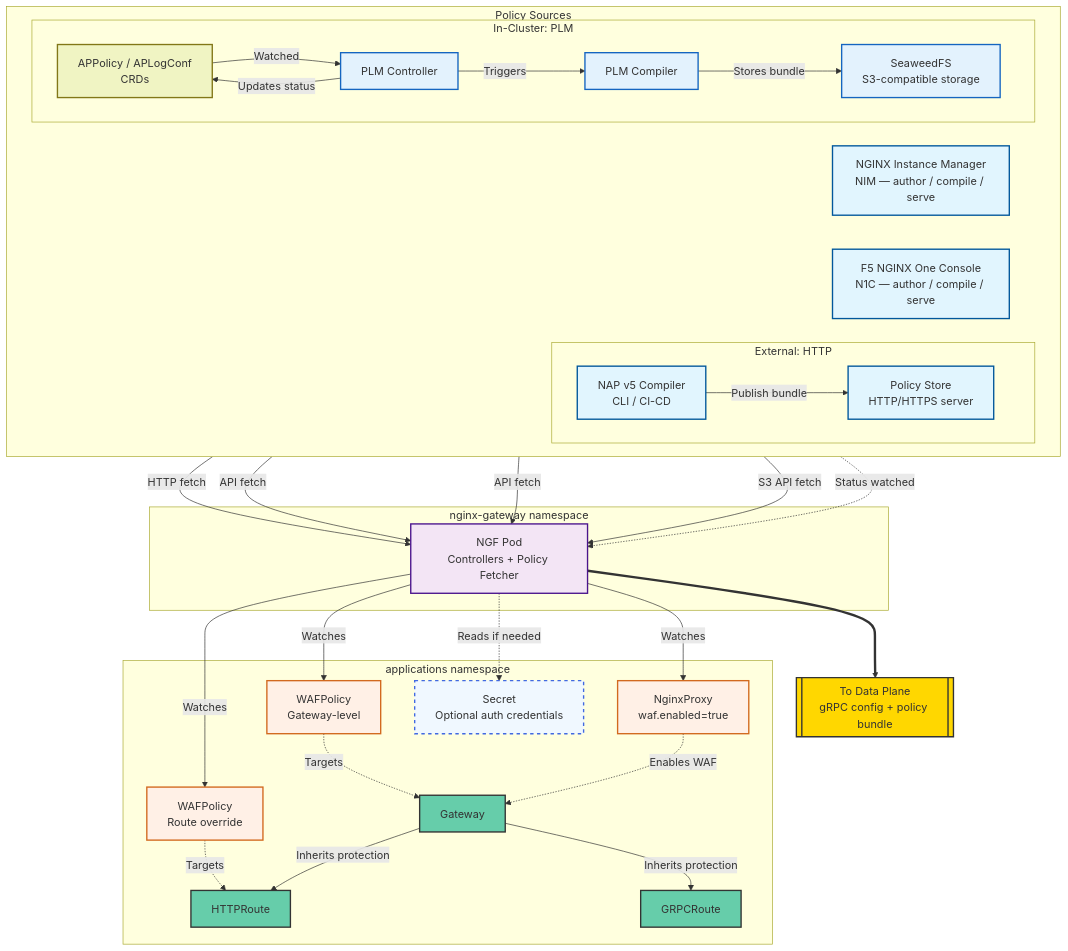
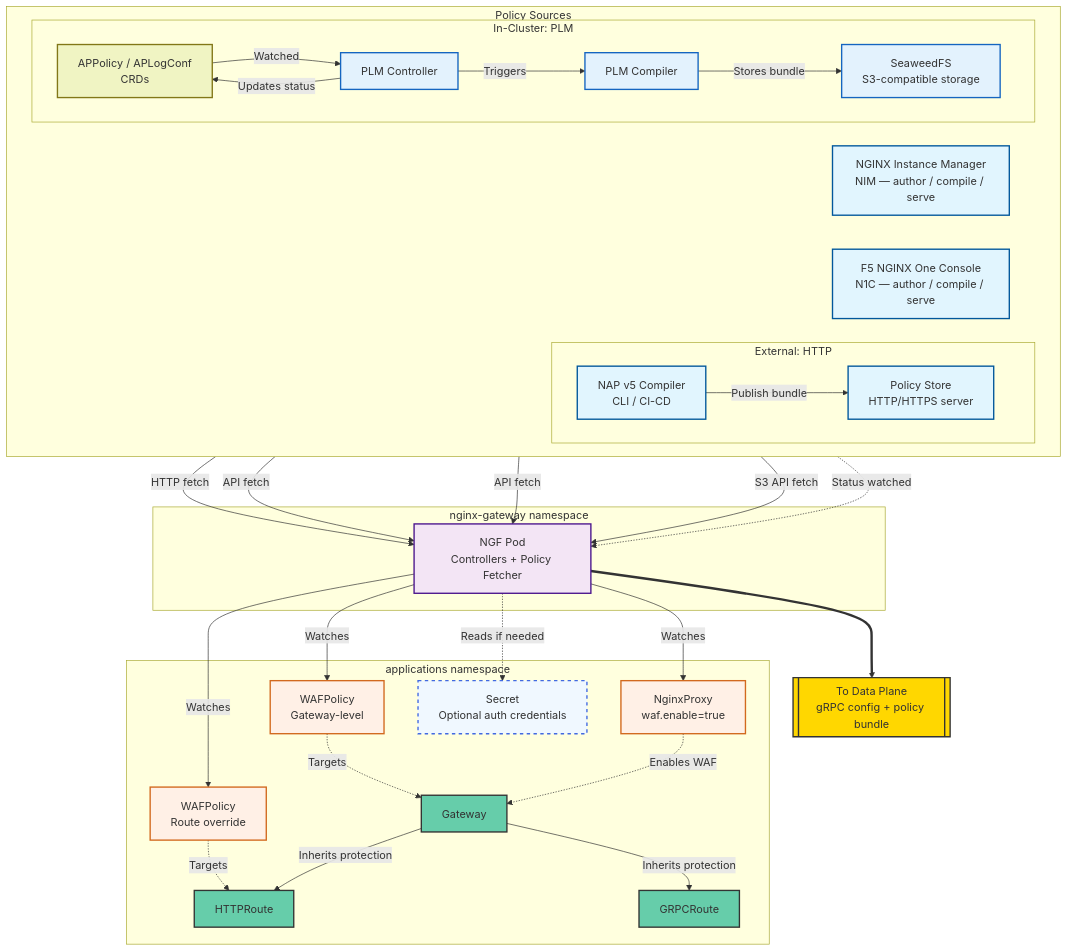
The first of 3 diagrams in docs/proposals/nap-waf.md (nginx/nginx-gateway-fabric), drawn with Mermaid before and after one commit. The commit also changed other lines of this file and 11 other files, not shown here.

````diff
--- a/docs/proposals/nap-waf.md
+++ b/docs/proposals/nap-waf.md
@@ -170,76 +170,76 @@
 ```mermaid
 graph TB
     subgraph PolicySources["Policy Sources"]
         direction LR
         subgraph ExtHTTP["External: HTTP"]
             Compiler[NAP v5 Compiler<br/>CLI / CI-CD]
             Store[Policy Store<br/>HTTP/HTTPS server]
             Compiler -->|Publish bundle| Store
         end
         NIM[NGINX Instance Manager<br/>NIM — author / compile / serve]
         N1C[F5 NGINX One Console<br/>N1C — author / compile / serve]
         subgraph InCluster["In-Cluster: PLM"]
             APCRDs[APPolicy / APLogConf<br/>CRDs]
             PLMCtrl[PLM Controller]
             PLMComp[PLM Compiler]
             PLMStore[SeaweedFS<br/>S3-compatible storage]
             APCRDs -->|Watched| PLMCtrl
             PLMCtrl -->|Triggers| PLMComp
             PLMComp -->|Stores bundle| PLMStore
             PLMCtrl -->|Updates status| APCRDs
         end
     end
 
     subgraph AppNs["applications namespace"]
         Gateway[Gateway]
         HTTPRoute[HTTPRoute]
         GRPCRoute[GRPCRoute]
-        NginxProxy[NginxProxy<br/>waf.enabled=true]
+        NginxProxy[NginxProxy<br/>waf.enable=true]
         GwWAF[WAFPolicy<br/>Gateway-level]
         RtWAF[WAFPolicy<br/>Route override]
         Secret[Secret<br/>Optional auth credentials]
     end
 
     subgraph NgfNs["nginx-gateway namespace"]
         NGFPod[NGF Pod<br/>Controllers + Policy Fetcher]
     end
 
     Handoff[[To Data Plane<br/>gRPC config + policy bundle]]
 
     GwWAF -.->|Targets| Gateway
     RtWAF -.->|Targets| HTTPRoute
     Gateway -->|Inherits protection| HTTPRoute
     Gateway -->|Inherits protection| GRPCRoute
     NginxProxy -.->|Enables WAF| Gateway
 
     NGFPod -->|Watches| NginxProxy
     NGFPod -->|Watches| GwWAF
     NGFPod -->|Watches| RtWAF
     NGFPod -.->|Reads if needed| Secret
 
     Store -->|HTTP fetch| NGFPod
     NIM -->|API fetch| NGFPod
     N1C -->|API fetch| NGFPod
     PLMStore -->|S3 API fetch| NGFPod
     APCRDs -.->|Status watched| NGFPod
 
     NGFPod ==> Handoff
 
     classDef source fill:#e1f5fe,stroke:#01579b,stroke-width:2px
     classDef plm fill:#e3f2fd,stroke:#1565c0,stroke-width:2px
     classDef gw fill:#66CDAA,stroke:#333,stroke-width:2px
     classDef policy fill:#fff0e6,stroke:#d2691e,stroke-width:2px
     classDef crd fill:#f0f4c3,stroke:#827717,stroke-width:2px
     classDef control fill:#f3e5f5,stroke:#4a148c,stroke-width:2px
     classDef optional fill:#f0f8ff,stroke:#4169e1,stroke-width:2px,stroke-dasharray: 5 5
     classDef handoff fill:#FFD700,stroke:#333,stroke-width:2px
 
     class Compiler,Store,NIM,N1C source
     class PLMCtrl,PLMComp,PLMStore plm
     class APCRDs crd
     class Gateway,HTTPRoute,GRPCRoute gw
     class GwWAF,RtWAF,NginxProxy policy
     class NGFPod control
     class Secret optional
     class Handoff handoff
 ```
````
